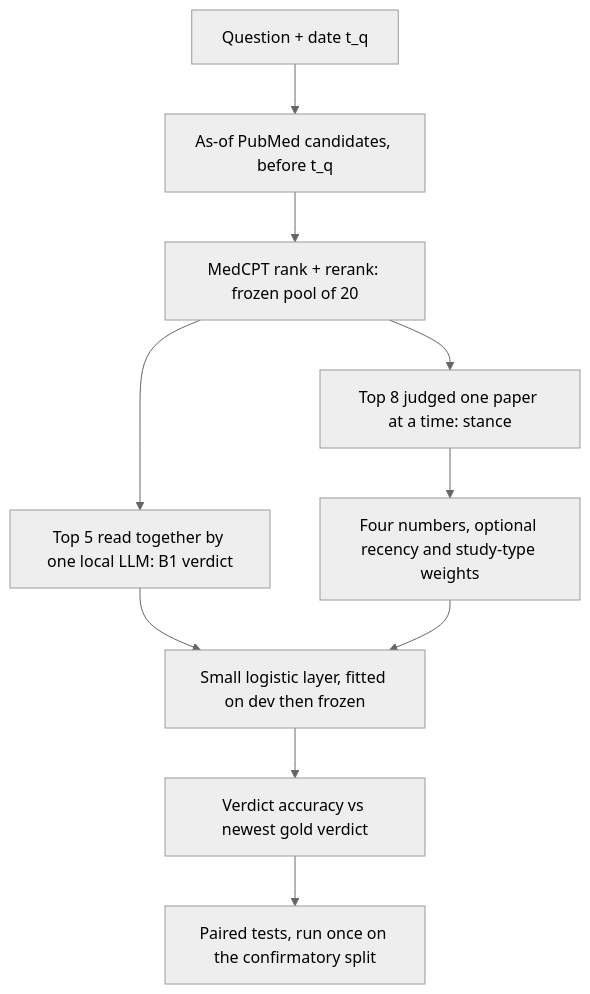
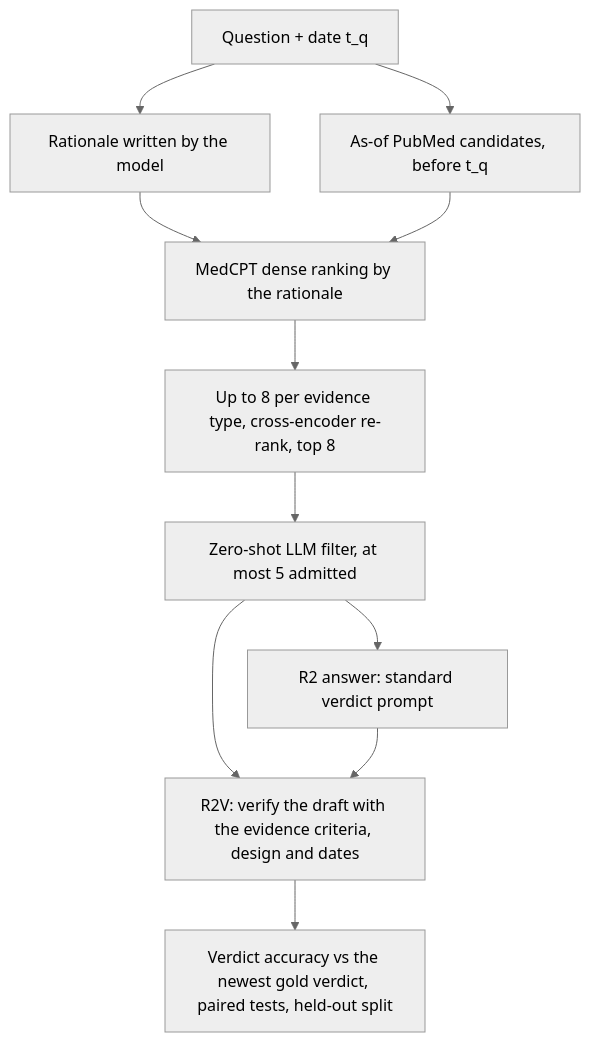
Before and after one commit to MahwishZa/thesis_research: the diagram in README.md, drawn with Mermaid (neutral theme). The commit also changed other lines of this file, not shown here.

First line of the commit message:
Realign the study: adapted RAG² baseline and evidence-criteria verification

````diff
--- a/README.md
+++ b/README.md
@@ -94,12 +92,13 @@
 ```mermaid
 flowchart TD
     Q[Question + date t_q] --> C[As-of PubMed candidates, before t_q]
-    C --> F[MedCPT rank + rerank: frozen pool of 20]
-    F --> R[Top 5 read together by one local LLM: B1 verdict]
-    F --> S[Top 8 judged one paper at a time: stance]
-    S --> W[Four numbers, optional recency and study-type weights]
-    R --> L[Small logistic layer, fitted on dev then frozen]
-    W --> L
-    L --> E[Verdict accuracy vs newest gold verdict]
-    E --> T[Paired tests, run once on the confirmatory split]
+    Q --> RA[Rationale written by the model]
+    RA --> D[MedCPT dense ranking by the rationale]
+    C --> D
+    D --> BAL[Up to 8 per evidence type, cross-encoder re-rank, top 8]
+    BAL --> FI[Zero-shot LLM filter, at most 5 admitted]
+    FI --> A[R2 answer: standard verdict prompt]
+    FI --> V[R2V: verify the draft with the evidence criteria, design and dates]
+    A --> V
+    V --> E[Verdict accuracy vs the newest gold verdict, paired tests, held-out split]
 ```
````
